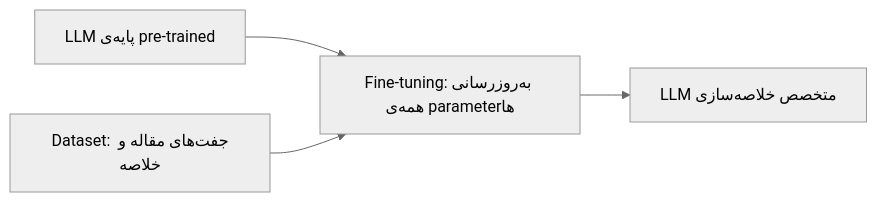
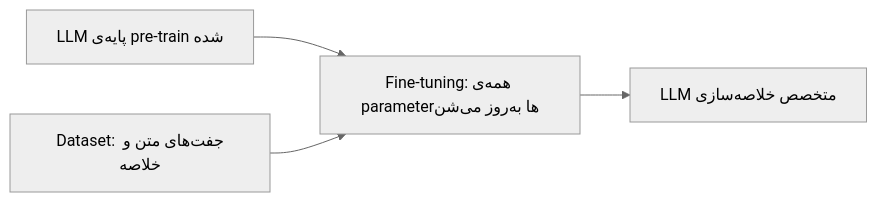
Before and after one commit to lokumai/ai-engineering-bazaar: the second of 4 diagrams in mini-courses/1_fundamentals/training_fa.md, drawn with Mermaid (neutral theme). The commit also changed other lines of this file and 63 other files, not shown here.

````diff
--- a/mini-courses/1_fundamentals/training_fa.md
+++ b/mini-courses/1_fundamentals/training_fa.md
@@ -124,6 +119,6 @@
 ```mermaid
 graph LR
-    A["LLM پایه‌ی pre-trained"] --> C["Fine-tuning: به‌روزرسانی همه‌ی parameter‌ها"]
-    B["Dataset: جفت‌های مقاله و خلاصه"] --> C
+    A["LLM پایه‌ی pre-train شده"] --> C["Fine-tuning: همه‌ی parameter‌ها به‌روز می‌شن"]
+    B["Dataset: جفت‌های متن و خلاصه"] --> C
     C --> D["LLM متخصص خلاصه‌سازی"]
 ```
````
